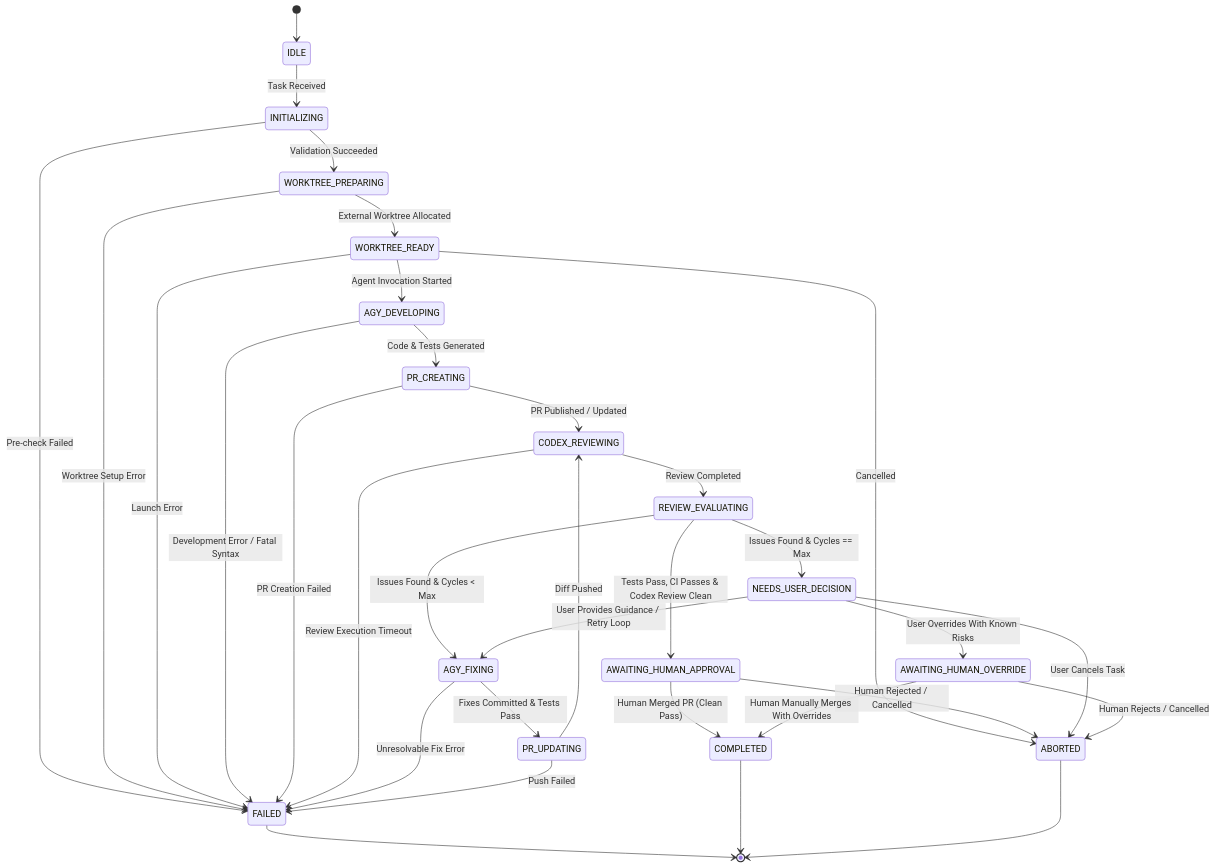
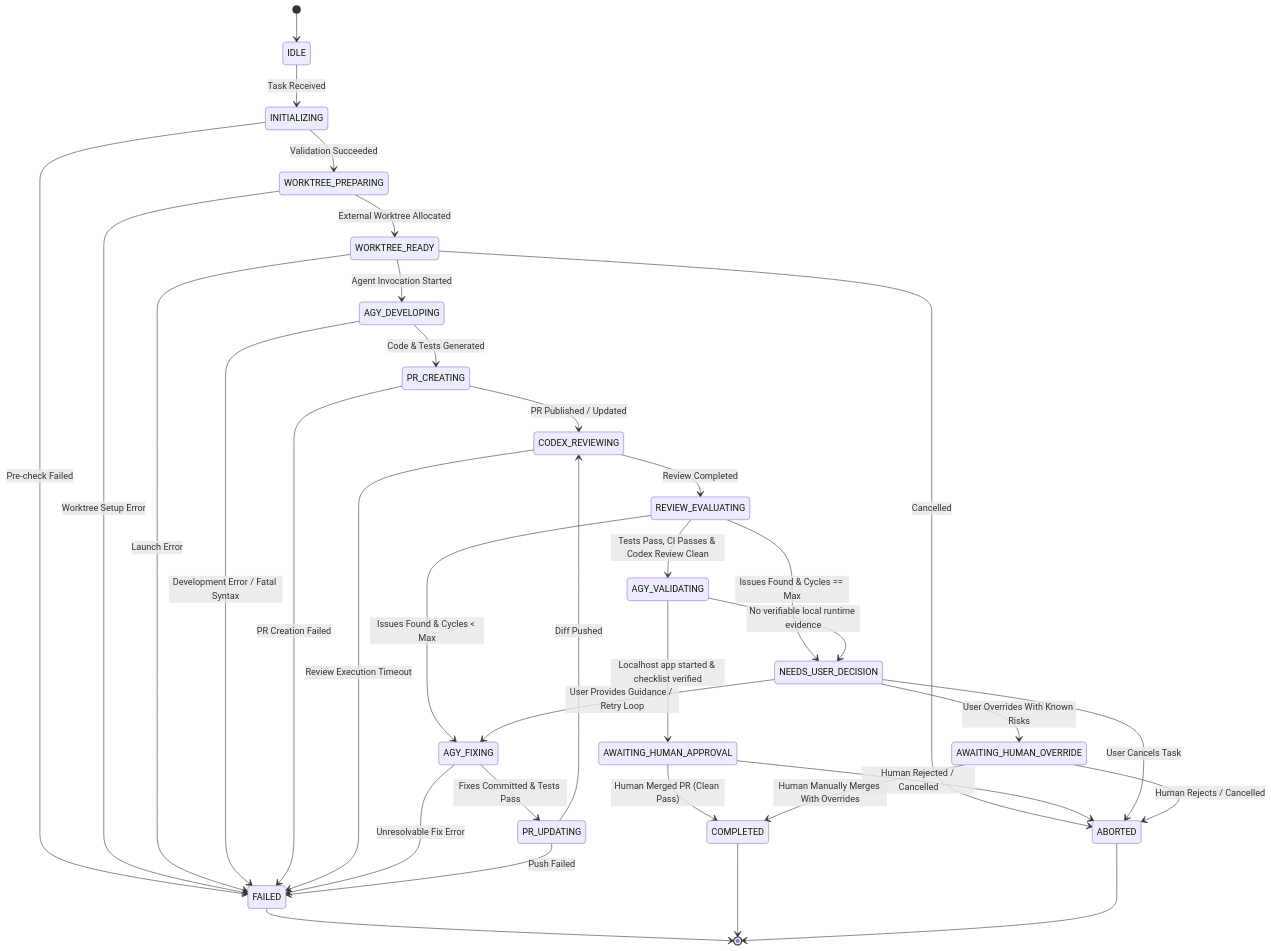
Before and after one commit to echoleesong/codex-anti-orchestrator: the diagram in docs/state-machine.md, drawn with Mermaid. The commit also changed other lines of this file and 17 other files, not shown here.

````diff
--- a/docs/state-machine.md
+++ b/docs/state-machine.md
@@ -11,47 +11,50 @@
 ```mermaid
 stateDiagram-v2
     [*] --> IDLE
     IDLE --> INITIALIZING: Task Received
     INITIALIZING --> WORKTREE_PREPARING: Validation Succeeded
     INITIALIZING --> FAILED: Pre-check Failed
 
     WORKTREE_PREPARING --> WORKTREE_READY: External Worktree Allocated
     WORKTREE_PREPARING --> FAILED: Worktree Setup Error
 
     WORKTREE_READY --> AGY_DEVELOPING: Agent Invocation Started
     WORKTREE_READY --> FAILED: Launch Error
     WORKTREE_READY --> ABORTED: Cancelled
 
     AGY_DEVELOPING --> PR_CREATING: Code & Tests Generated
     AGY_DEVELOPING --> FAILED: Development Error / Fatal Syntax
 
     PR_CREATING --> CODEX_REVIEWING: PR Published / Updated
     PR_CREATING --> FAILED: PR Creation Failed
 
     CODEX_REVIEWING --> REVIEW_EVALUATING: Review Completed
     CODEX_REVIEWING --> FAILED: Review Execution Timeout
 
-    REVIEW_EVALUATING --> AWAITING_HUMAN_APPROVAL: Tests Pass, CI Passes & Codex Review Clean
+    REVIEW_EVALUATING --> AGY_VALIDATING: Tests Pass, CI Passes & Codex Review Clean
     REVIEW_EVALUATING --> AGY_FIXING: Issues Found & Cycles < Max
     REVIEW_EVALUATING --> NEEDS_USER_DECISION: Issues Found & Cycles == Max
+
+    AGY_VALIDATING --> AWAITING_HUMAN_APPROVAL: Localhost app started & checklist verified
+    AGY_VALIDATING --> NEEDS_USER_DECISION: No verifiable local runtime evidence
 
     AGY_FIXING --> PR_UPDATING: Fixes Committed & Tests Pass
     AGY_FIXING --> FAILED: Unresolvable Fix Error
 
     PR_UPDATING --> CODEX_REVIEWING: Diff Pushed
     PR_UPDATING --> FAILED: Push Failed
 
     AWAITING_HUMAN_APPROVAL --> COMPLETED: Human Merged PR (Clean Pass)
     AWAITING_HUMAN_APPROVAL --> ABORTED: Human Rejected / Cancelled
 
     NEEDS_USER_DECISION --> AGY_FIXING: User Provides Guidance / Retry Loop
     NEEDS_USER_DECISION --> AWAITING_HUMAN_OVERRIDE: User Overrides With Known Risks
     NEEDS_USER_DECISION --> ABORTED: User Cancels Task
 
     AWAITING_HUMAN_OVERRIDE --> COMPLETED: Human Manually Merges With Overrides
     AWAITING_HUMAN_OVERRIDE --> ABORTED: Human Rejects / Cancelled
 
     FAILED --> [*]
     COMPLETED --> [*]
     ABORTED --> [*]
 ```
````
